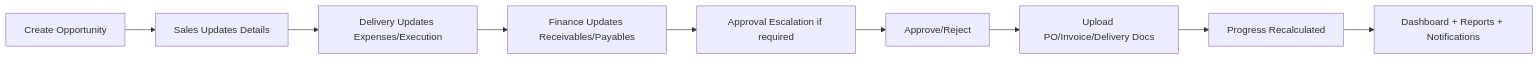
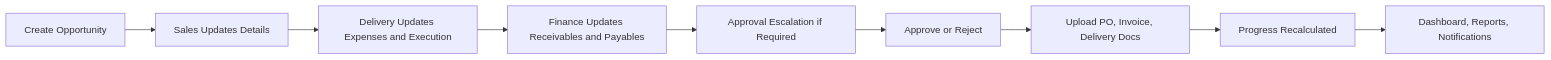
One commit to gobinath-sketch/system001 changed the fourth of 6 diagrams in README.md. Above: the diagram before and after it, drawn with Mermaid. The commit also changed other lines of this file, not shown here.

````diff
--- a/README.md
+++ b/README.md
@@ -129,11 +128,11 @@
 ```mermaid
-flowchart LR
-  O1[Create Opportunity] --> O2[Sales Updates Details]
-  O2 --> O3[Delivery Updates Expenses/Execution]
-  O3 --> O4[Finance Updates Receivables/Payables]
-  O4 --> O5[Approval Escalation if required]
-  O5 --> O6[Approve/Reject]
-  O6 --> O7[Upload PO/Invoice/Delivery Docs]
-  O7 --> O8[Progress Recalculated]
-  O8 --> O9[Dashboard + Reports + Notifications]
+graph LR;
+  O1["Create Opportunity"] --> O2["Sales Updates Details"];
+  O2 --> O3["Delivery Updates Expenses and Execution"];
+  O3 --> O4["Finance Updates Receivables and Payables"];
+  O4 --> O5["Approval Escalation if Required"];
+  O5 --> O6["Approve or Reject"];
+  O6 --> O7["Upload PO, Invoice, Delivery Docs"];
+  O7 --> O8["Progress Recalculated"];
+  O8 --> O9["Dashboard, Reports, Notifications"];
 ```
````
